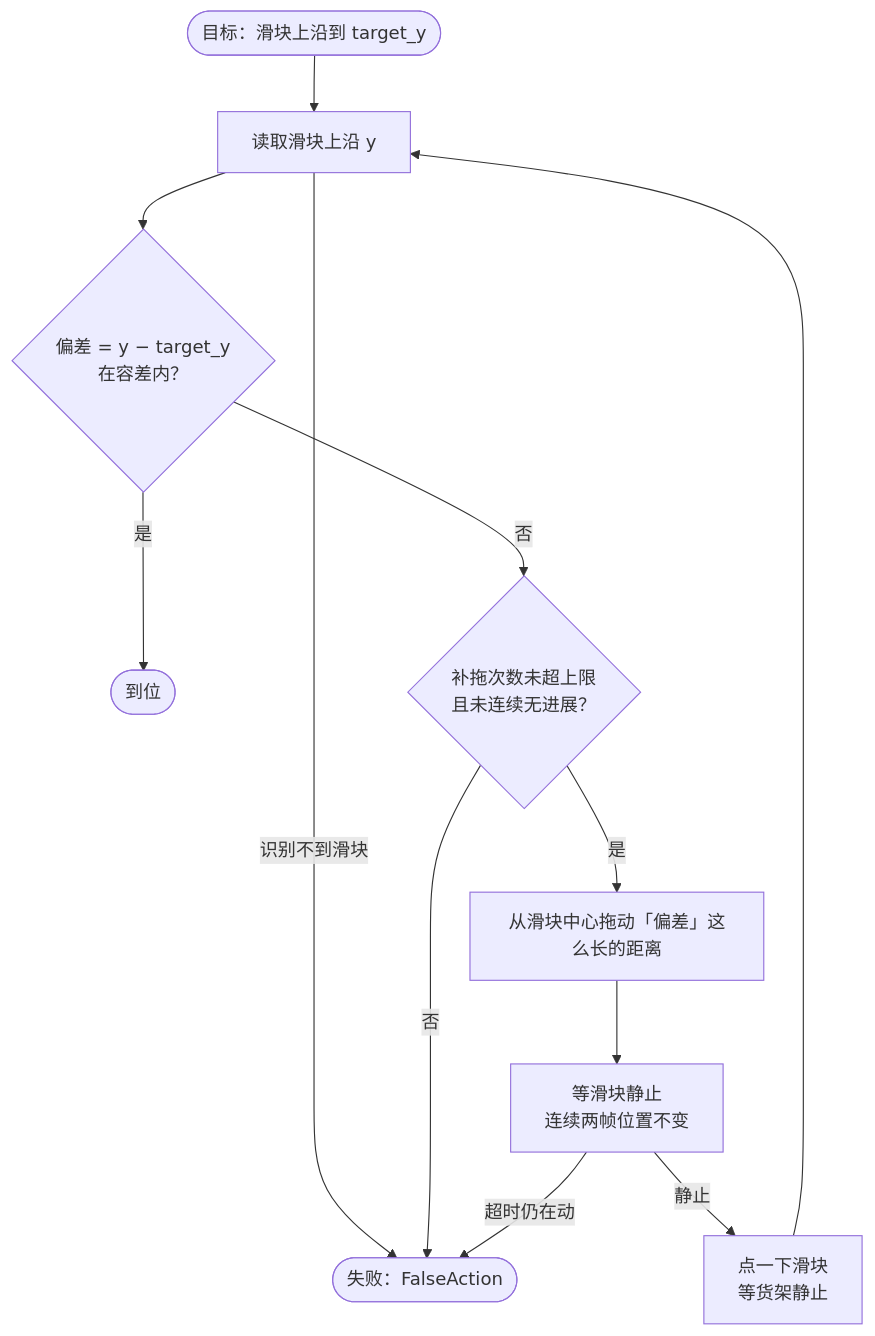
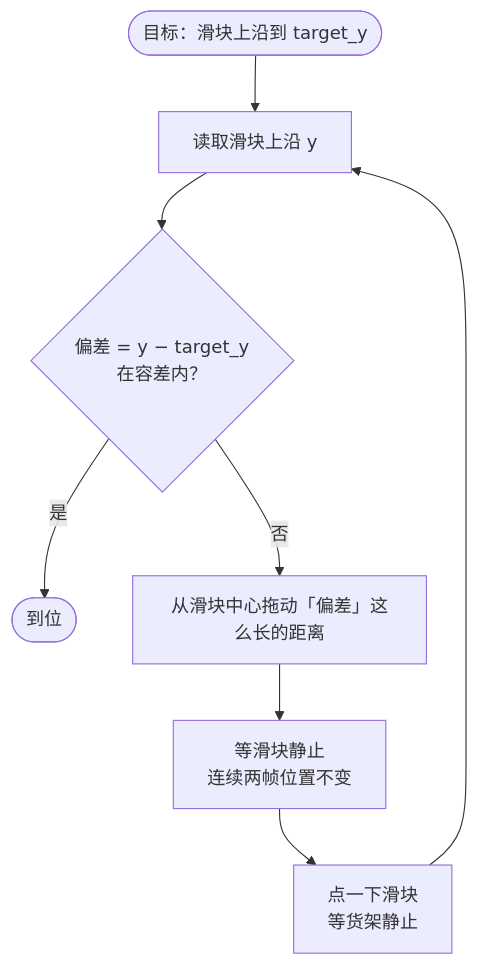
The second of 3 diagrams in docs/zh_cn/流程图/杂货铺.md (ArcherSore/MaaNOP), drawn with Mermaid before and after one commit. The commit also changed 1 other file, not shown here.

Commit message:
refactor: 精简杂货铺拖到目标位置的失败处理
去掉连续无进展判断，只保留总拖动次数上限防止死循环，流程图同步删除对应失败分支。

````diff
--- a/docs/zh_cn/流程图/杂货铺.md
+++ b/docs/zh_cn/流程图/杂货铺.md
@@ -33,14 +33,10 @@
 ```mermaid
 flowchart TD
     Start([目标：滑块上沿到 target_y]) --> Read["读取滑块上沿 y"]
-    Read -->|识别不到滑块| Fail
     Read --> Check{"偏差 = y − target_y<br/>在容差内？"}
     Check -->|是| Done([到位])
-    Check -->|否| Limit{"补拖次数未超上限<br/>且未连续无进展？"}
-    Limit -->|否| Fail([失败：FalseAction])
-    Limit -->|是| Drag["从滑块中心拖动「偏差」这么长的距离"]
+    Check -->|否| Drag["从滑块中心拖动「偏差」这么长的距离"]
     Drag --> Settle["等滑块静止<br/>连续两帧位置不变"]
-    Settle -->|静止| ClickThumb["点一下滑块<br/>等货架静止"]
+    Settle --> ClickThumb["点一下滑块<br/>等货架静止"]
     ClickThumb --> Read
-    Settle -->|超时仍在动| Fail
 ```
````
